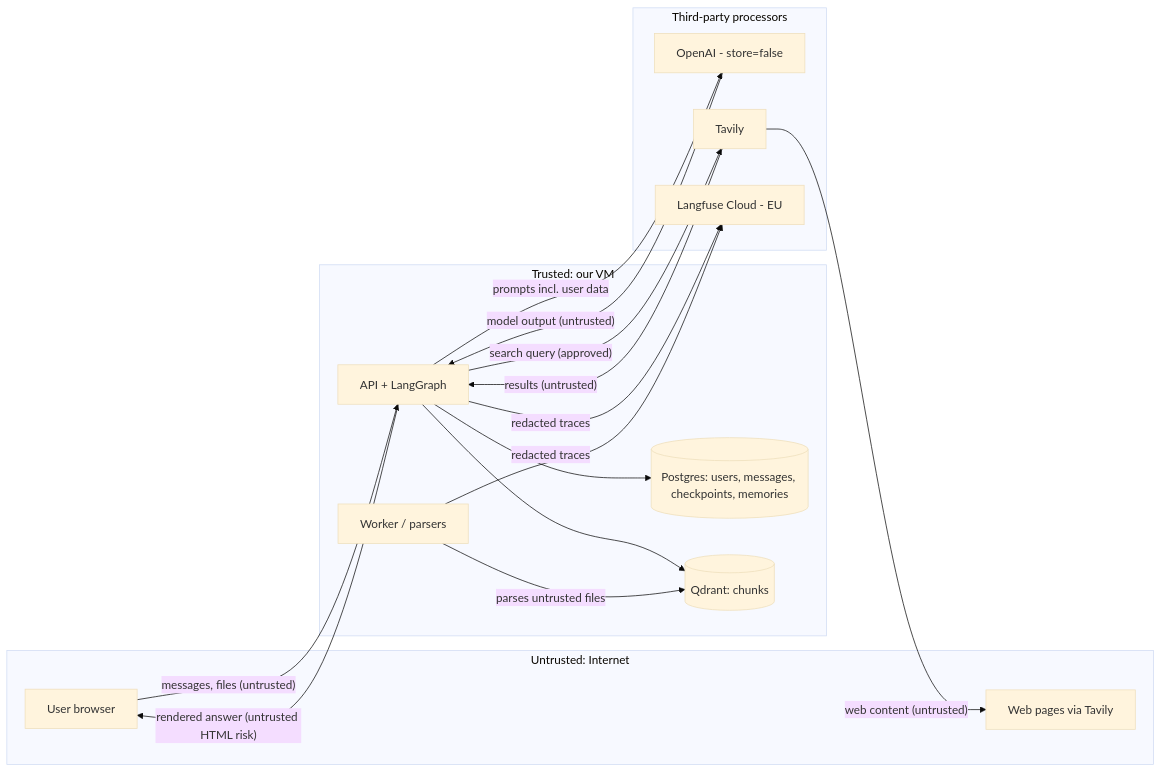
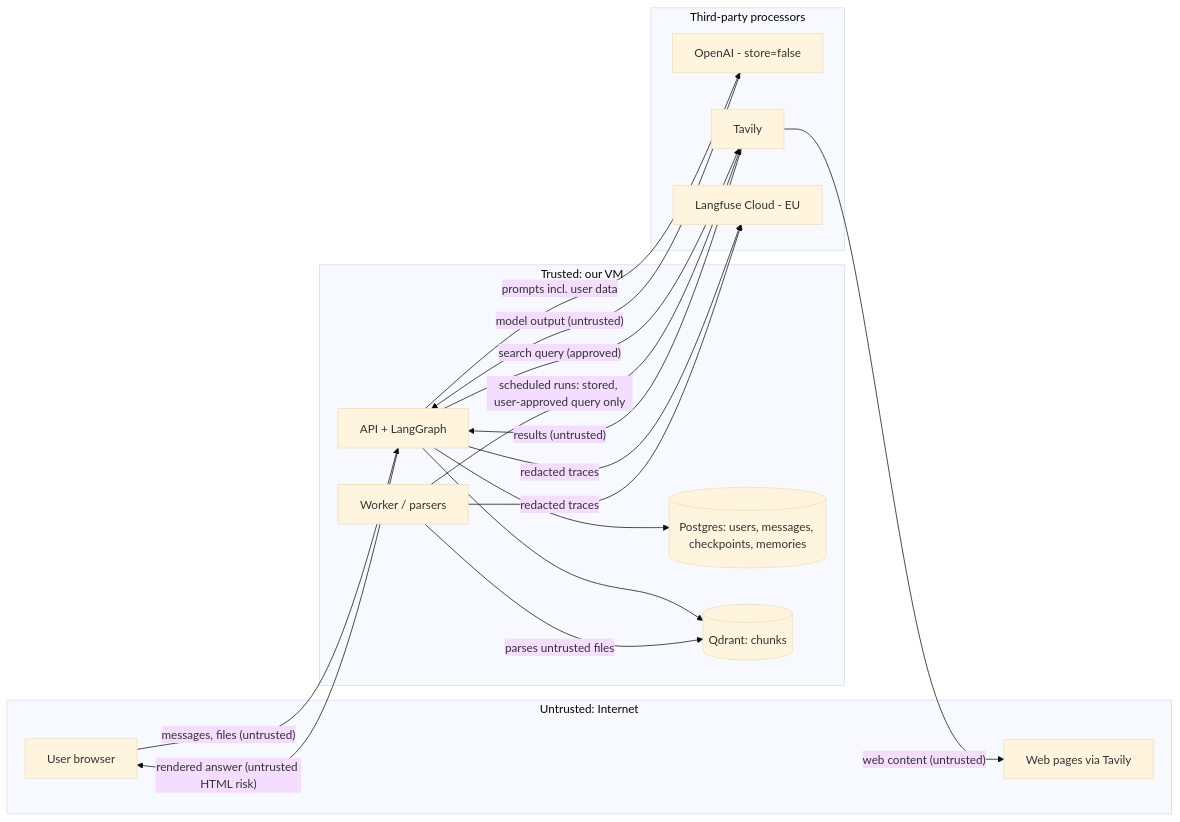
The first of 2 diagrams in docs/02_outputs/10_llm_threat_model.md (dinesh24murali/nexus-ai), drawn with Mermaid (base theme) before and after one commit. The commit also changed other lines of this file and 11 other files, not shown here.

````diff
--- a/docs/02_outputs/10_llm_threat_model.md
+++ b/docs/02_outputs/10_llm_threat_model.md
@@ -11,28 +11,29 @@
 ```mermaid
 flowchart LR
   subgraph TB1["Untrusted: Internet"]
     U[User browser]
     WEB[Web pages via Tavily]
   end
   subgraph TB2["Trusted: our VM"]
     API[API + LangGraph]
     WK[Worker / parsers]
     PG[(Postgres: users, messages, checkpoints, memories)]
     QD[(Qdrant: chunks)]
   end
   subgraph TB3["Third-party processors"]
     OAI[OpenAI - store=false]
     TAV[Tavily]
     LF[Langfuse Cloud - EU]
   end
   U -- "messages, files (untrusted)" --> API
   API -- "prompts incl. user data" --> OAI
   OAI -- "model output (untrusted)" --> API
   API -- "search query (approved)" --> TAV
   TAV -- "web content (untrusted)" --> WEB
   TAV -- "results (untrusted)" --> API
   API --> PG & QD
   WK -- "parses untrusted files" --> QD
+  WK -- "scheduled runs: stored, user-approved query only" --> TAV
   API & WK -- "redacted traces" --> LF
   API -- "rendered answer (untrusted HTML risk)" --> U
 ```
````
